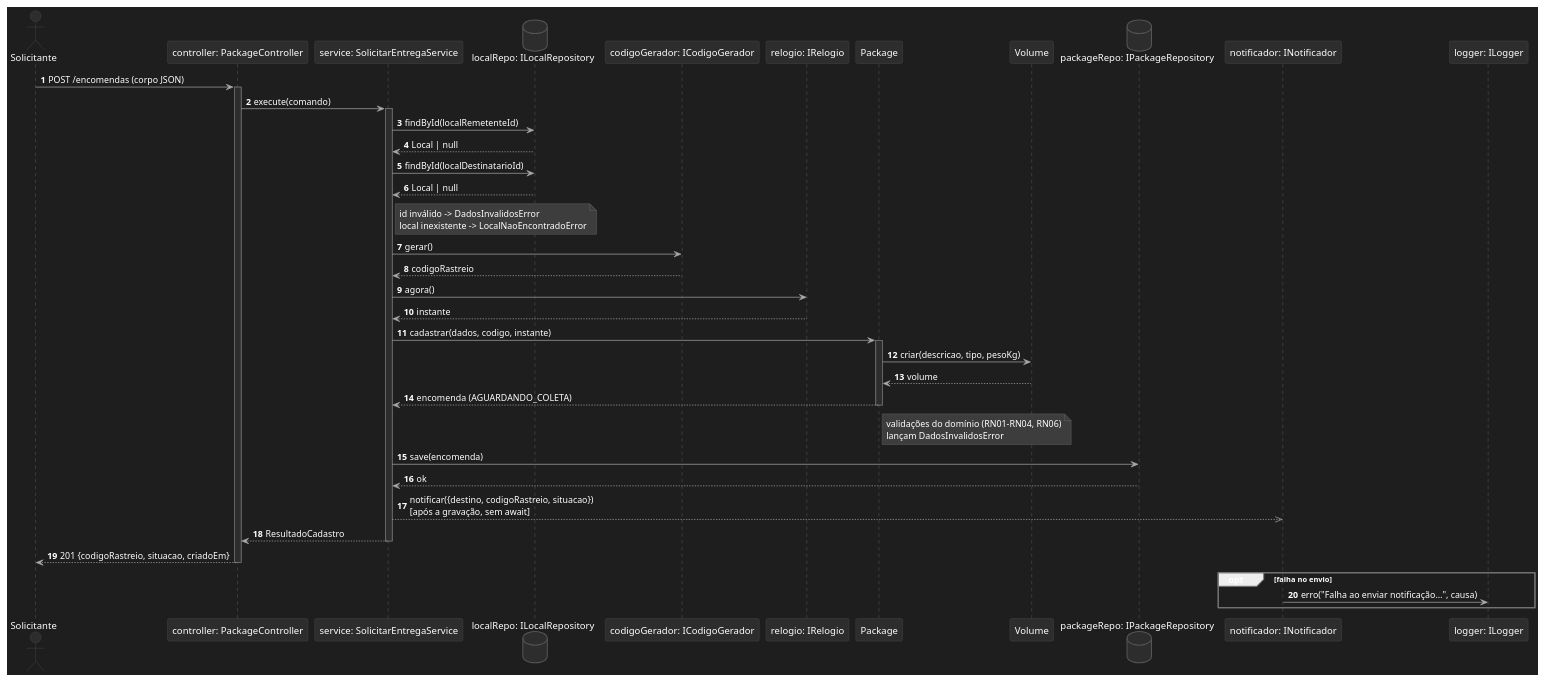
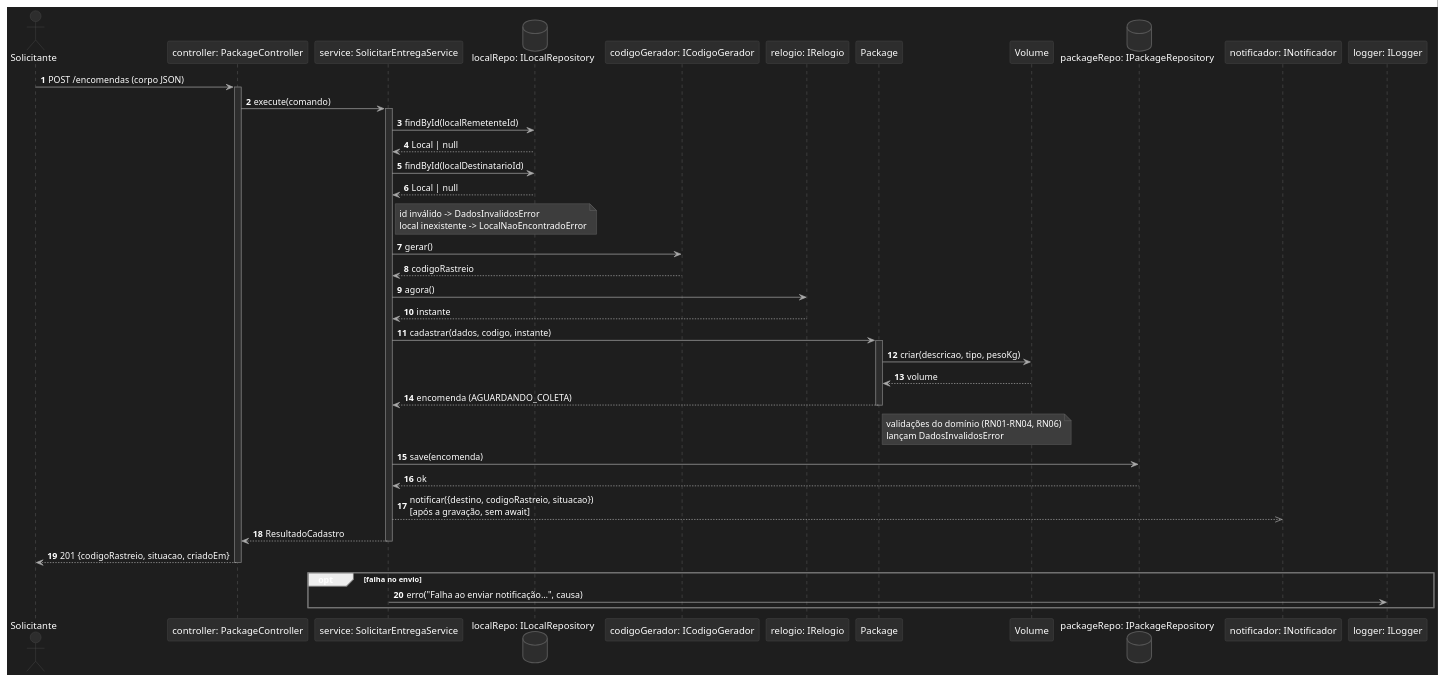
Before and after one commit to SeltonMiranda/DesignDeSoftware: the first of 2 diagrams in docs/diagramas/sequencia.puml, drawn with PlantUML. The commit also changed 1 other file, not shown here.

Commit message:
docs: corrige responsabilidade do logger nos diagramas UML

```diff
--- a/docs/diagramas/sequencia.puml
+++ b/docs/diagramas/sequencia.puml
@@ -1,91 +1,91 @@
 @startuml
 ' Diagrama de sequência — cadastro de encomenda (POST /encomendas)
 
 skinparam backgroundColor #1E1E1E
 skinparam defaultFontColor #FFFFFF
 skinparam ArrowColor #AAAAAA
 skinparam shadowing false
 skinparam BoxPadding 10
 skinparam note {
     BackgroundColor #3D3D3D
     BorderColor #777777
     FontColor #FFFFFF
 }
 skinparam participant {
     BackgroundColor #2D2D2D
     BorderColor #555555
     FontColor #FFFFFF
 }
 skinparam actor {
     BackgroundColor #2D2D2D
     BorderColor #555555
     FontColor #FFFFFF
 }
 skinparam database {
     BackgroundColor #2D2D2D
     BorderColor #555555
     FontColor #FFFFFF
 }
 skinparam sequence {
     LifeLineBorderColor #777777
     LifeLineBackgroundColor #2D2D2D
     ArrowColor #AAAAAA
     FontColor #FFFFFF
     BoxBorderColor #555555
     BoxBackgroundColor #1E1E1E
     GroupBorderColor #777777
 }
 
 actor Solicitante
 participant "controller: PackageController" as Controller
 participant "service: SolicitarEntregaService" as Service
 database "localRepo: ILocalRepository" as LocalRepo
 participant "codigoGerador: ICodigoGerador" as Cod
 participant "relogio: IRelogio" as Rel
 participant "Package" as Pkg
 participant "Volume" as Vol
 database "packageRepo: IPackageRepository" as Repo
 participant "notificador: INotificador" as Notif
 participant "logger: ILogger" as Log
 
 autonumber
 Solicitante -> Controller: POST /encomendas (corpo JSON)
 activate Controller
 
 Controller -> Service: execute(comando)
 activate Service
 
 Service -> LocalRepo: findById(localRemetenteId)
 LocalRepo --> Service: Local | null
 Service -> LocalRepo: findById(localDestinatarioId)
 LocalRepo --> Service: Local | null
 note right of Service: id inválido -> DadosInvalidosError\nlocal inexistente -> LocalNaoEncontradoError
 
 Service -> Cod: gerar()
 Cod --> Service: codigoRastreio
 Service -> Rel: agora()
 Rel --> Service: instante
 
 Service -> Pkg: cadastrar(dados, codigo, instante)
 activate Pkg
 Pkg -> Vol: criar(descricao, tipo, pesoKg)
 Vol --> Pkg: volume
 Pkg --> Service: encomenda (AGUARDANDO_COLETA)
 deactivate Pkg
 note right of Pkg: validações do domínio (RN01–RN04, RN06)\nlançam DadosInvalidosError
 
 Service -> Repo: save(encomenda)
 Repo --> Service: ok
 
 Service -[#AAAAAA]->> Notif: notificar({destino, codigoRastreio, situacao})\n[após a gravação, sem await]
 Service --> Controller: ResultadoCadastro
 deactivate Service
 
 Controller --> Solicitante: 201 {codigoRastreio, situacao, criadoEm}
 deactivate Controller
 
 opt falha no envio
-    Notif -> Log: erro("Falha ao enviar notificação…", causa)
+    Service -> Log: erro("Falha ao enviar notificação…", causa)
 end
 
 @enduml
```
